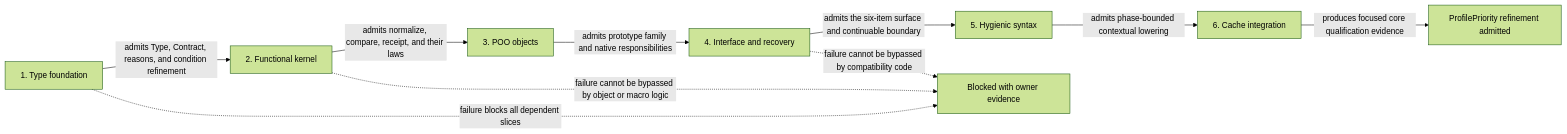
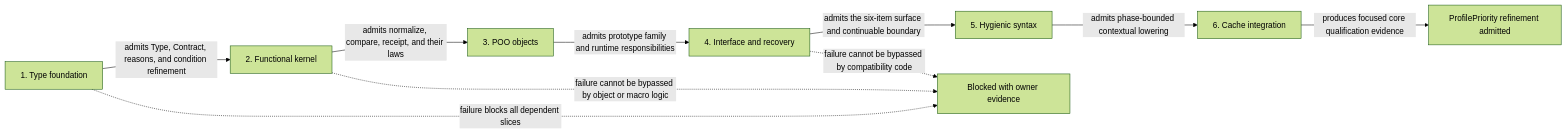
The fourth of 6 diagrams in module-system/design/45-120-48-profile-priority-value-and-contract-refinement.org (tao3k/gebril-yuanxu), drawn with Mermaid (forest theme) before and after one commit. The commit also changed other lines of this file and 1469 other files, not shown here.

```diff
--- a/module-system/design/45-120-48-profile-priority-value-and-contract-refinement.org
+++ b/module-system/design/45-120-48-profile-priority-value-and-contract-refinement.org
@@ -456,12 +456,12 @@
 #+begin_src mermaid
 flowchart LR
   Types["1. Type foundation"] -->|"admits Type, Contract, reasons, and condition refinement"| Func["2. Functional kernel"]
   Func -->|"admits normalize, compare, receipt, and their laws"| Objects["3. POO objects"]
-  Objects -->|"admits prototype family and native responsibilities"| Interface["4. Interface and recovery"]
+  Objects -->|"admits prototype family and runtime responsibilities"| Interface["4. Interface and recovery"]
   Interface -->|"admits the six-item surface and continuable boundary"| Syntax["5. Hygienic syntax"]
   Syntax -->|"admits phase-bounded contextual lowering"| Cache["6. Cache integration"]
   Cache -->|"produces focused core qualification evidence"| Complete["ProfilePriority refinement admitted"]
   Types -.->|"failure blocks all dependent slices"| Blocked["Blocked with owner evidence"]
   Func -.->|"failure cannot be bypassed by object or macro logic"| Blocked
   Interface -.->|"failure cannot be bypassed by compatibility code"| Blocked
 #+end_src
```
